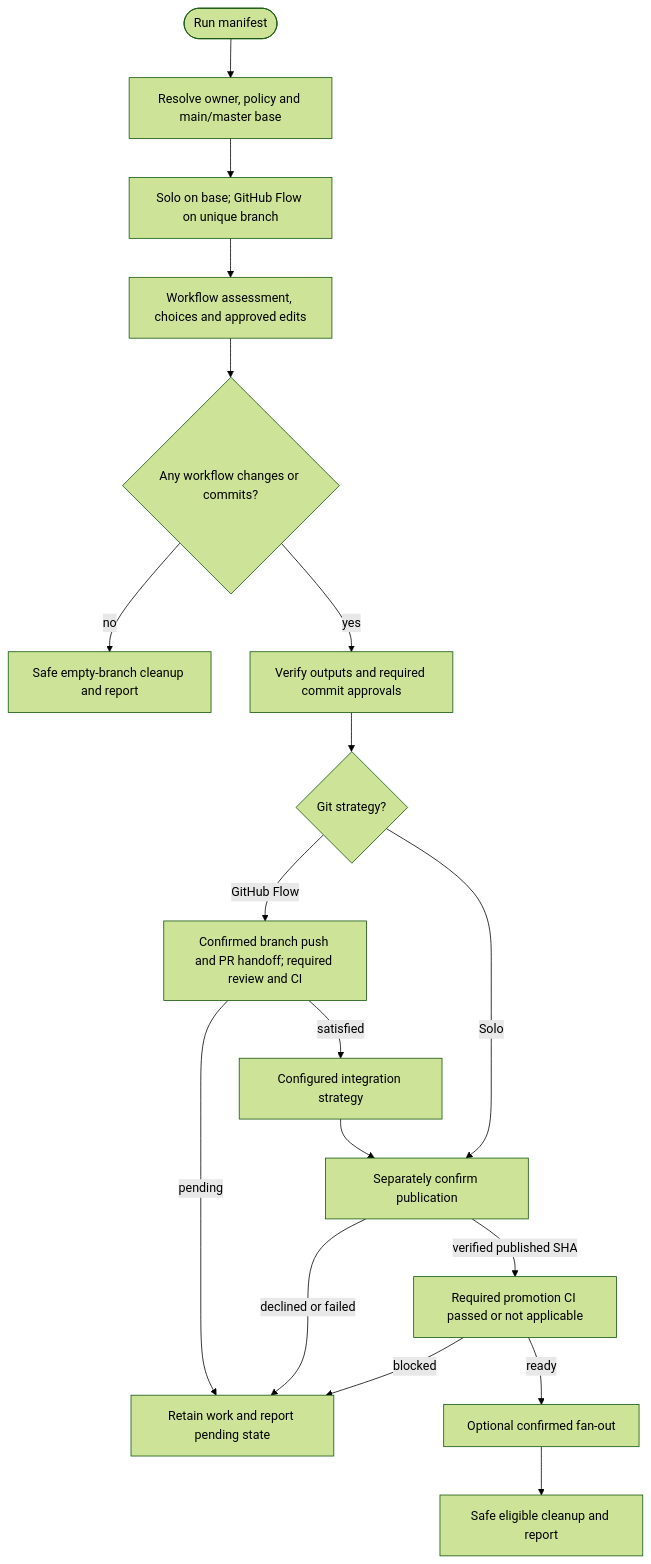
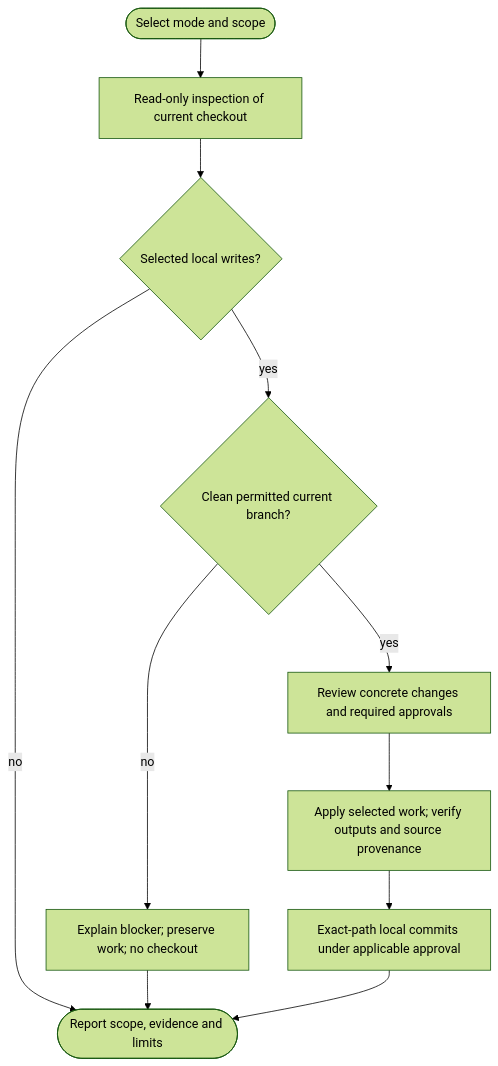
The diagram in docs/commands/manifest.md (myowinthein/agent-helm), drawn with Mermaid (forest theme) before and after one commit. The commit also changed other lines of this file and 101 other files, not shown here.

````diff
--- a/docs/commands/manifest.md
+++ b/docs/commands/manifest.md
@@ -15,20 +21,13 @@
 ```mermaid
 flowchart TD
-  Start([Run manifest]) --> Prepare[Resolve owner, policy and main/master base]
-  Prepare --> Branch[Solo on base; GitHub Flow on unique branch]
-  Branch --> Work[Workflow assessment, choices and approved edits]
-  Work --> Changed{Any workflow changes or commits?}
-  Changed -->|no| Noop[Safe empty-branch cleanup and report]
-  Changed -->|yes| Verify[Verify outputs and required commit approvals]
-  Verify --> Mode{Git strategy?}
-  Mode -->|GitHub Flow| Review[Confirmed branch push and PR handoff; required review and CI]
-  Review -->|pending| Pending[Retain work and report pending state]
-  Review -->|satisfied| Merge[Configured integration strategy]
-  Mode -->|Solo| Push
-  Merge --> Push[Separately confirm publication]
-  Push -->|declined or failed| Pending
-  Push -->|verified published SHA| CI[Required promotion CI passed or not applicable]
-  CI -->|blocked| Pending
-  CI -->|ready| Promote[Optional confirmed fan-out]
-  Promote --> Cleanup[Safe eligible cleanup and report]
+  Start([Select mode and scope]) --> Inspect[Read-only inspection of current checkout]
+  Inspect --> Write{Selected local writes?}
+  Write -->|no| Report([Report scope, evidence and limits])
+  Write -->|yes| Ready{Clean permitted current branch?}
+  Ready -->|no| Block[Explain blocker; preserve work; no checkout]
+  Block --> Report
+  Ready -->|yes| Review[Review concrete changes and required approvals]
+  Review --> Apply[Apply selected work; verify outputs and source provenance]
+  Apply --> Commit[Exact-path local commits under applicable approval]
+  Commit --> Report
 ```
````
